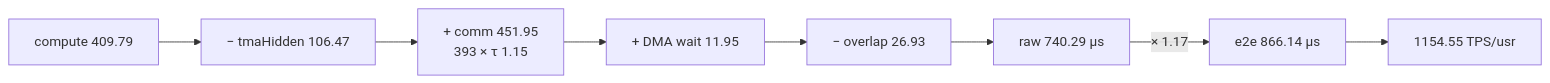
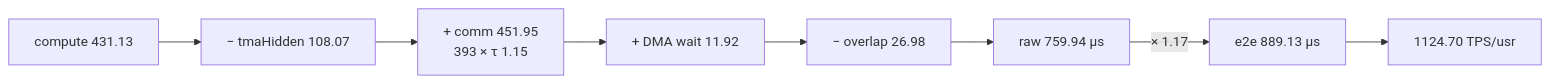
Before and after one commit to xqdan/xihu: the second of 2 diagrams in docs/architecture/00_CURRENT_STATE.md, drawn with Mermaid. The commit also changed other lines of this file and 36 other files, not shown here.

````diff
--- a/docs/architecture/00_CURRENT_STATE.md
+++ b/docs/architecture/00_CURRENT_STATE.md
@@ -78,10 +78,10 @@
 ```mermaid
 flowchart LR
-  C["compute 409.79"] --> M1["− tmaHidden 106.47"]
+  C["compute 431.13"] --> M1["− tmaHidden 108.07"]
   M1 --> P1["+ comm 451.95<br/>393 × τ 1.15"]
-  P1 --> P2["+ DMA wait 11.95"]
-  P2 --> M2["− overlap 26.93"]
-  M2 --> RAW["raw 740.29 µs"]
-  RAW -->|"× 1.17"| E2E["e2e 866.14 µs"]
-  E2E --> TPS["1154.55 TPS/usr"]
+  P1 --> P2["+ DMA wait 11.92"]
+  P2 --> M2["− overlap 26.98"]
+  M2 --> RAW["raw 759.94 µs"]
+  RAW -->|"× 1.17"| E2E["e2e 889.13 µs"]
+  E2E --> TPS["1124.70 TPS/usr"]
 ```
````
